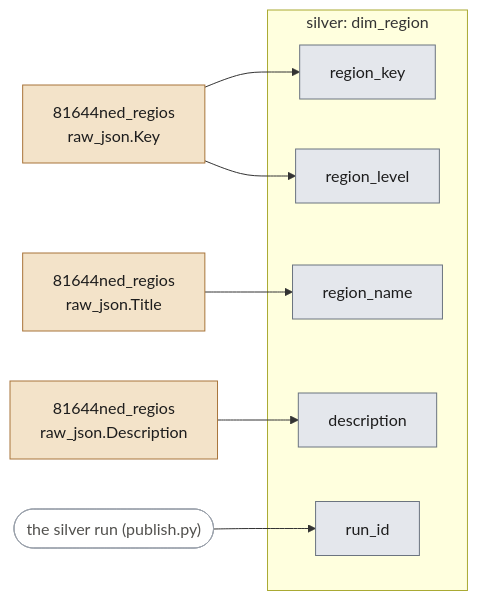
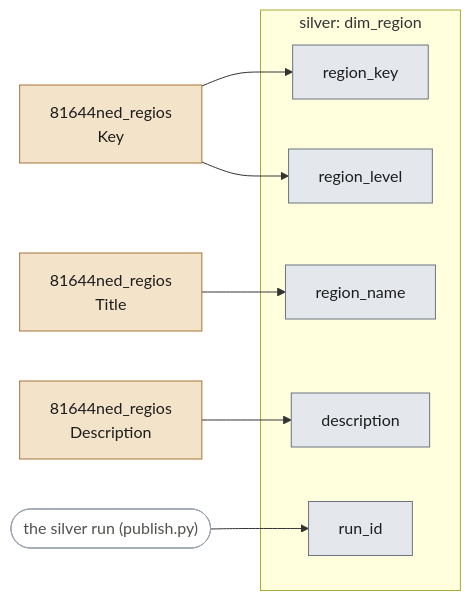
The sixth of 13 diagrams in docs/lineage.md (stefancodecommit/AOV_Lakehouse), drawn with Mermaid before and after one commit. The commit also changed other lines of this file and 12 other files, not shown here.

First line of the commit message:
Structured CBS bronze: a column per field next to raw_json

````diff
--- a/docs/lineage.md
+++ b/docs/lineage.md
@@ -295,23 +295,23 @@
 ```mermaid
 flowchart LR
-  n_src_81644ned_regios_raw_json_Description["81644ned_regios<br/>raw_json.Description"]:::bronze
-  n_src_81644ned_regios_raw_json_Key["81644ned_regios<br/>raw_json.Key"]:::bronze
-  n_src_81644ned_regios_raw_json_Title["81644ned_regios<br/>raw_json.Title"]:::bronze
+  n_src_81644ned_regios_Description["81644ned_regios<br/>Description"]:::bronze
+  n_src_81644ned_regios_Key["81644ned_regios<br/>Key"]:::bronze
+  n_src_81644ned_regios_Title["81644ned_regios<br/>Title"]:::bronze
   run(["the silver run (publish.py)"]):::run
   subgraph n_tbl_dim_region["silver: dim_region"]
     n_col_region_key["region_key"]:::silver
     n_col_region_name["region_name"]:::silver
     n_col_region_level["region_level"]:::silver
     n_col_description["description"]:::silver
     n_col_run_id["run_id"]:::silver
   end
-  n_src_81644ned_regios_raw_json_Key --> n_col_region_key
-  n_src_81644ned_regios_raw_json_Title --> n_col_region_name
-  n_src_81644ned_regios_raw_json_Key --> n_col_region_level
-  n_src_81644ned_regios_raw_json_Description --> n_col_description
+  n_src_81644ned_regios_Key --> n_col_region_key
+  n_src_81644ned_regios_Title --> n_col_region_name
+  n_src_81644ned_regios_Key --> n_col_region_level
+  n_src_81644ned_regios_Description --> n_col_description
   run --> n_col_run_id
   classDef bronze fill:#f3e3c9,stroke:#a8743a,color:#1d1d1d
   classDef silver fill:#e4e7ec,stroke:#6b7480,color:#1d1d1d
   classDef silverref fill:#f2f3f5,stroke:#9aa1ab,stroke-dasharray:4 3,color:#1d1d1d
   classDef run fill:#ffffff,stroke:#9aa1ab,color:#52514e
 ```
````
